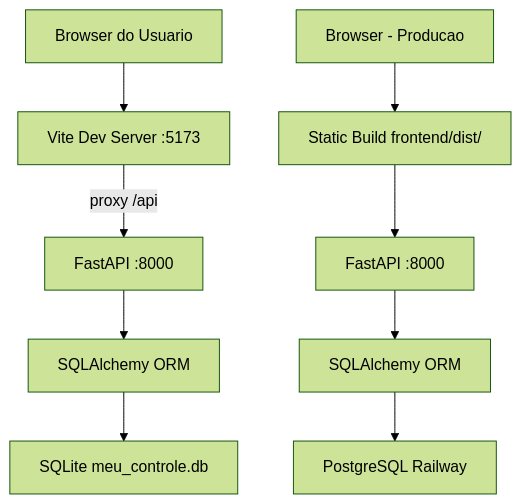
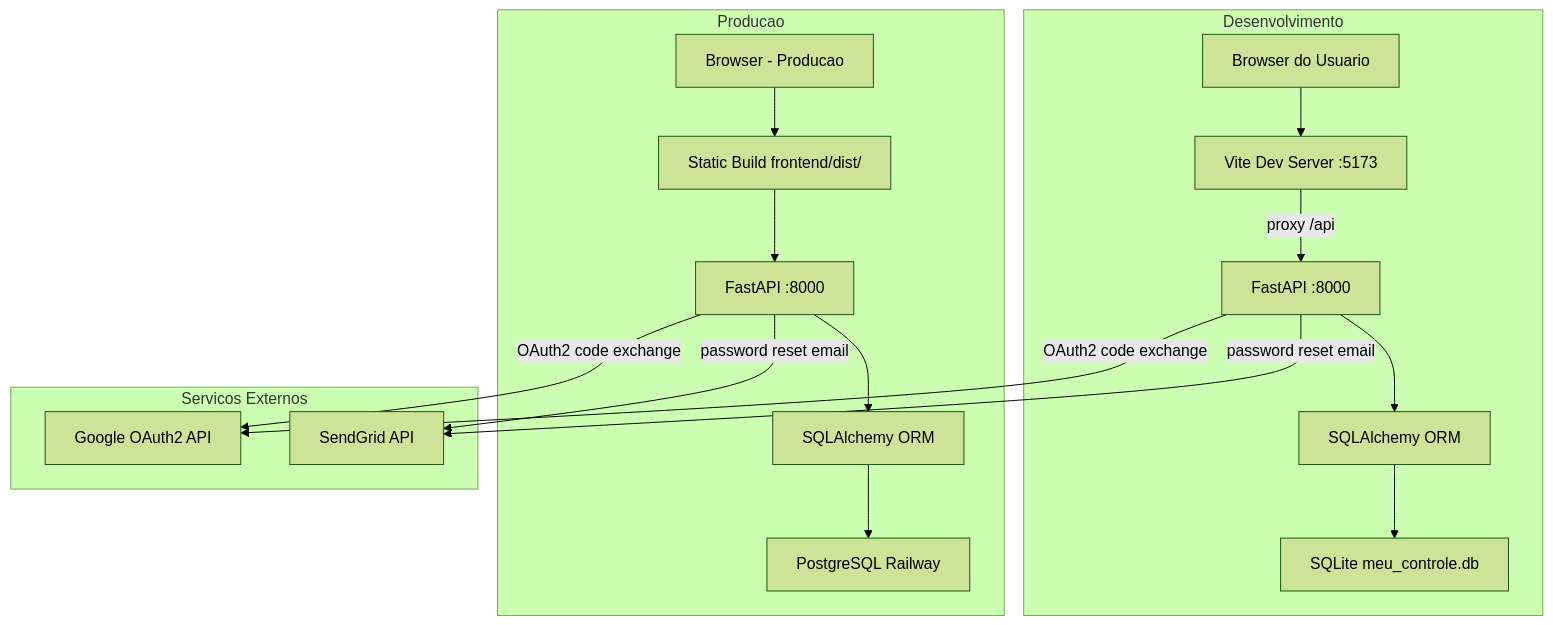
The first of 2 diagrams in docs/02-ARCHITECTURE.md (RafaelPeixoto01/meu-controle), drawn with Mermaid (forest theme) before and after one commit. The commit also changed other lines of this file and 6 other files, not shown here.

````diff
--- a/docs/02-ARCHITECTURE.md
+++ b/docs/02-ARCHITECTURE.md
@@ -31,12 +39,23 @@
 ```mermaid
 graph TD
-    Browser[Browser do Usuario] --> Vite[Vite Dev Server :5173]
-    Vite -->|proxy /api| FastAPI[FastAPI :8000]
-    FastAPI --> SQLAlchemy[SQLAlchemy ORM]
-    SQLAlchemy --> SQLite[SQLite meu_controle.db]
+    subgraph Desenvolvimento
+        Browser[Browser do Usuario] --> Vite[Vite Dev Server :5173]
+        Vite -->|proxy /api| FastAPI[FastAPI :8000]
+        FastAPI --> SQLAlchemy[SQLAlchemy ORM]
+        SQLAlchemy --> SQLite[SQLite meu_controle.db]
+    end
 
-    Browser2[Browser - Producao] --> StaticFiles[Static Build frontend/dist/]
-    StaticFiles --> FastAPI2[FastAPI :8000]
-    FastAPI2 --> SQLAlchemy2[SQLAlchemy ORM]
-    SQLAlchemy2 --> PostgreSQL[PostgreSQL Railway]
+    subgraph Producao
+        Browser2[Browser - Producao] --> StaticFiles[Static Build frontend/dist/]
+        StaticFiles --> FastAPI2[FastAPI :8000]
+        FastAPI2 --> SQLAlchemy2[SQLAlchemy ORM]
+        SQLAlchemy2 --> PostgreSQL[PostgreSQL Railway]
+    end
+
+    subgraph Servicos Externos
+        FastAPI -->|OAuth2 code exchange| Google[Google OAuth2 API]
+        FastAPI -->|password reset email| SendGrid[SendGrid API]
+        FastAPI2 -->|OAuth2 code exchange| Google
+        FastAPI2 -->|password reset email| SendGrid
+    end
 ```
````
